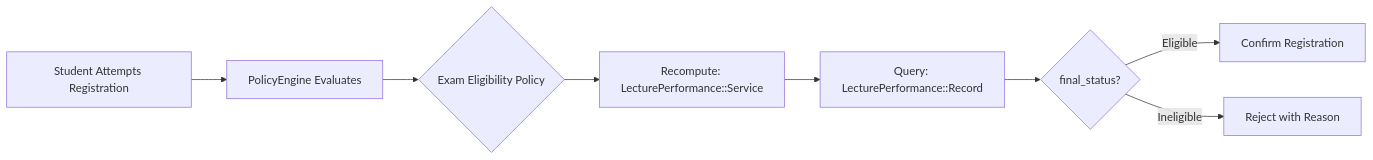
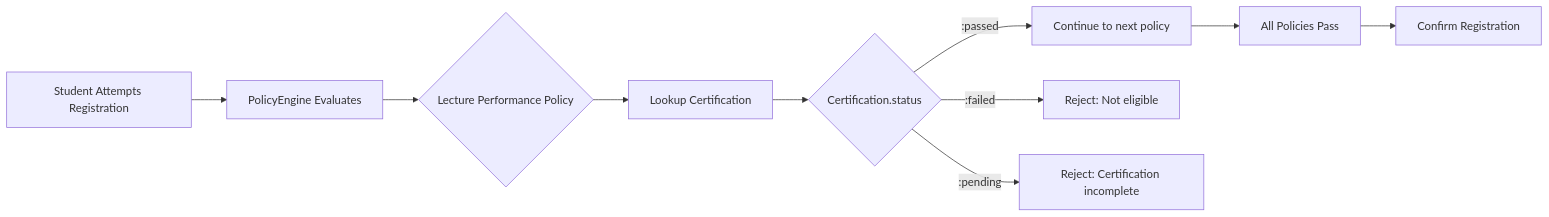
The first of 2 diagrams in architecture/src/features/06-end-to-end-workflow.md (MaMpf-HD/mampf), drawn with Mermaid before and after one commit. The commit also changed other lines of this file and 12 other files, not shown here.

Commit message:
Revise exam registration

````diff
--- a/architecture/src/features/06-end-to-end-workflow.md
+++ b/architecture/src/features/06-end-to-end-workflow.md
@@ -231,10 +319,12 @@
 ```mermaid
 graph LR
     A[Student Attempts Registration] --> B[PolicyEngine Evaluates]
-    B --> C{Exam Eligibility Policy}
-    C --> D[Recompute: LecturePerformance::Service]
-    D --> E[Query: LecturePerformance::Record]
-    E --> F{final_status?}
-    F -->|Eligible| G[Confirm Registration]
-    F -->|Ineligible| H[Reject with Reason]
+    B --> C{Lecture Performance Policy}
+    C --> D[Lookup Certification]
+    D --> E{Certification.status}
+    E -->|:passed| F[Continue to next policy]
+    E -->|:failed| G[Reject: Not eligible]
+    E -->|:pending| H[Reject: Certification incomplete]
+    F --> I[All Policies Pass]
+    I --> J[Confirm Registration]
 ```
````
